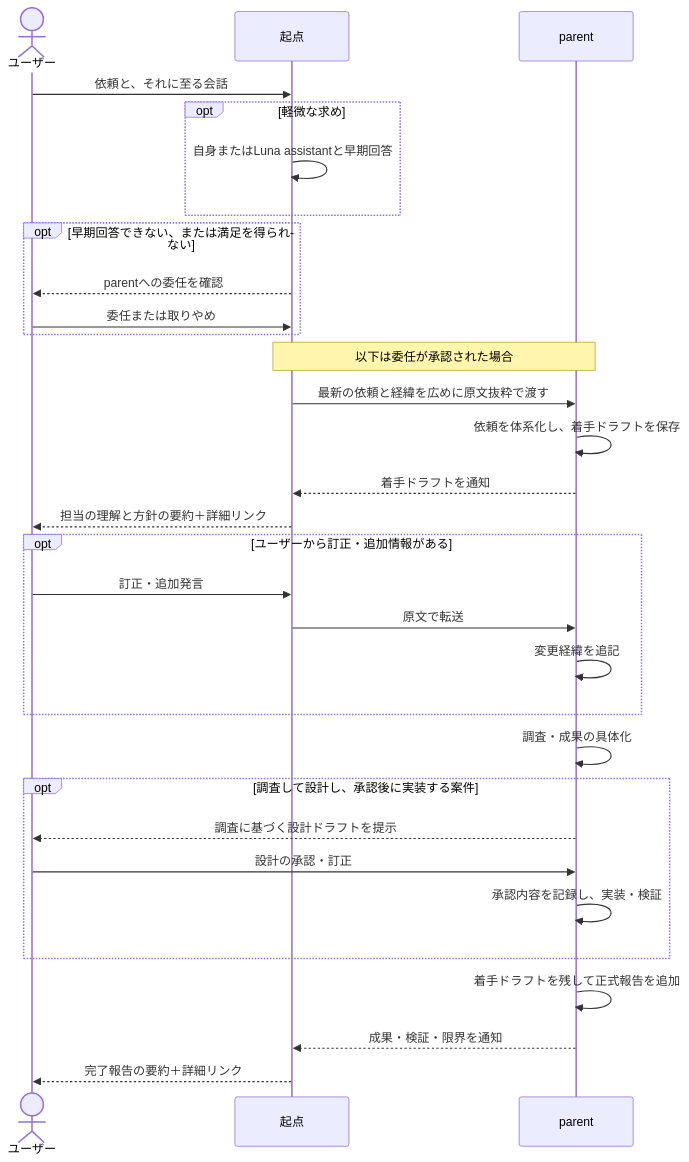
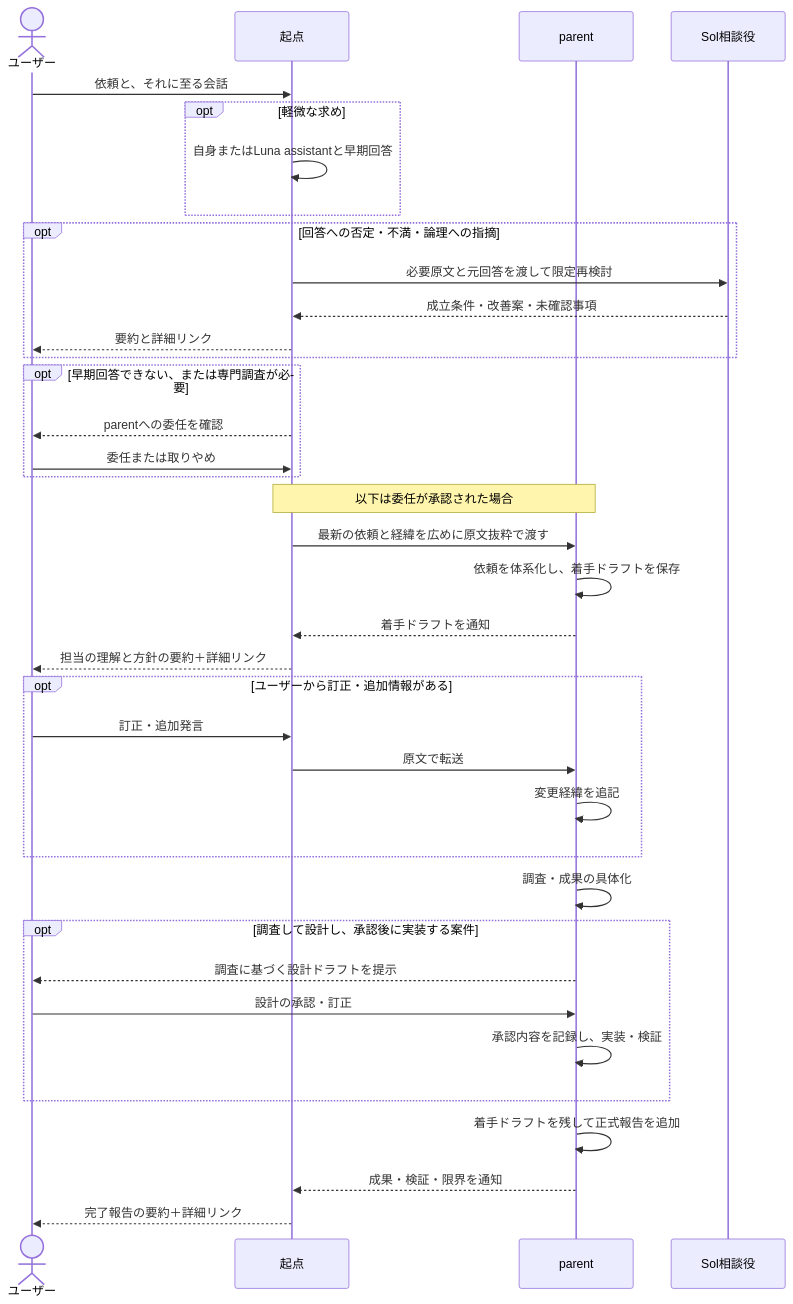
The second of 2 diagrams in docs/codex-subagents.md (unagi/dotfiles), drawn with Mermaid before and after one commit. The commit also changed other lines of this file and 29 other files, not shown here.

````diff
--- a/docs/codex-subagents.md
+++ b/docs/codex-subagents.md
@@ -44,33 +42,39 @@
 ```mermaid
 sequenceDiagram
     actor U as ユーザー
     participant R as 起点
     participant P as parent
+    participant RA as Sol相談役
     U->>R: 依頼と、それに至る会話
     opt 軽微な求め
         R->>R: 自身またはLuna assistantと早期回答
     end
-    opt 早期回答できない、または満足を得られない
+    opt 回答への否定・不満・論理への指摘
+        R->>RA: 必要原文と元回答を渡して限定再検討
+        RA-->>R: 成立条件・改善案・未確認事項
+        R-->>U: 要約と詳細リンク
+    end
+    opt 早期回答できない、または専門調査が必要
         R-->>U: parentへの委任を確認
         U->>R: 委任または取りやめ
     end
     Note over R,P: 以下は委任が承認された場合
     R->>P: 最新の依頼と経緯を広めに原文抜粋で渡す
     P->>P: 依頼を体系化し、着手ドラフトを保存
     P-->>R: 着手ドラフトを通知
     R-->>U: 担当の理解と方針の要約＋詳細リンク
     opt ユーザーから訂正・追加情報がある
         U->>R: 訂正・追加発言
         R->>P: 原文で転送
         P->>P: 変更経緯を追記
     end
     P->>P: 調査・成果の具体化
     opt 調査して設計し、承認後に実装する案件
         P-->>U: 調査に基づく設計ドラフトを提示
         U->>P: 設計の承認・訂正
         P->>P: 承認内容を記録し、実装・検証
     end
     P->>P: 着手ドラフトを残して正式報告を追加
     P-->>R: 成果・検証・限界を通知
     R-->>U: 完了報告の要約＋詳細リンク
 ```
````
